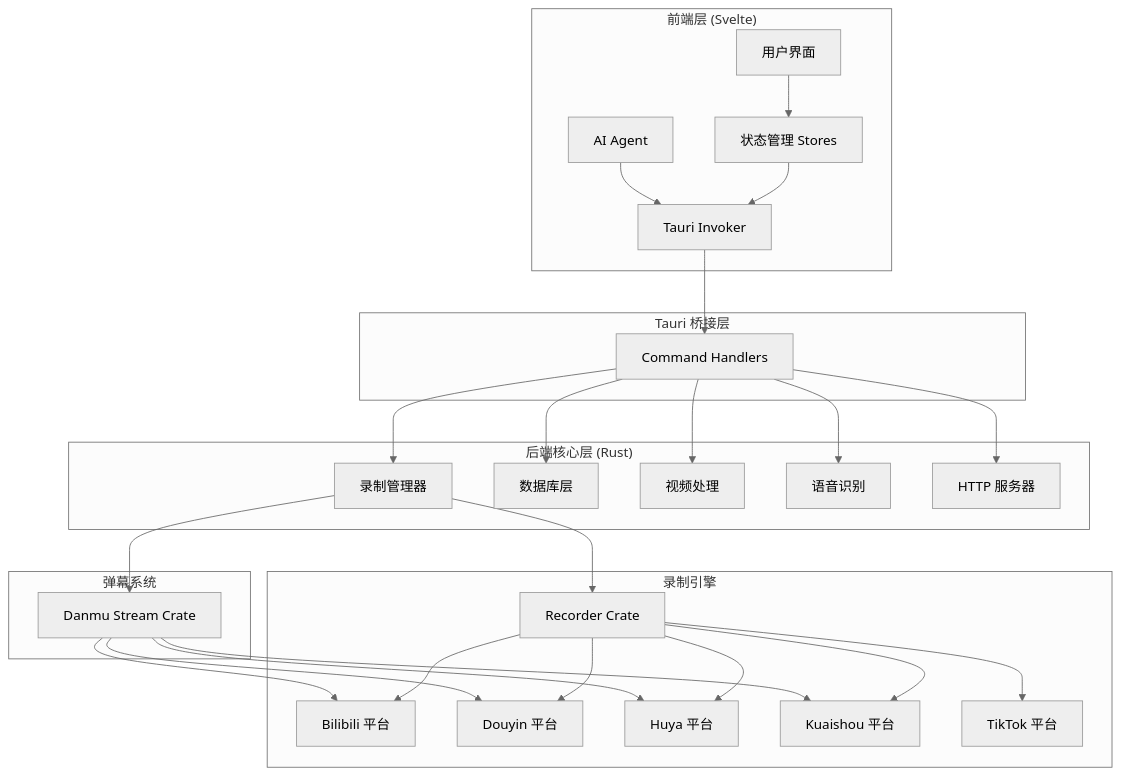
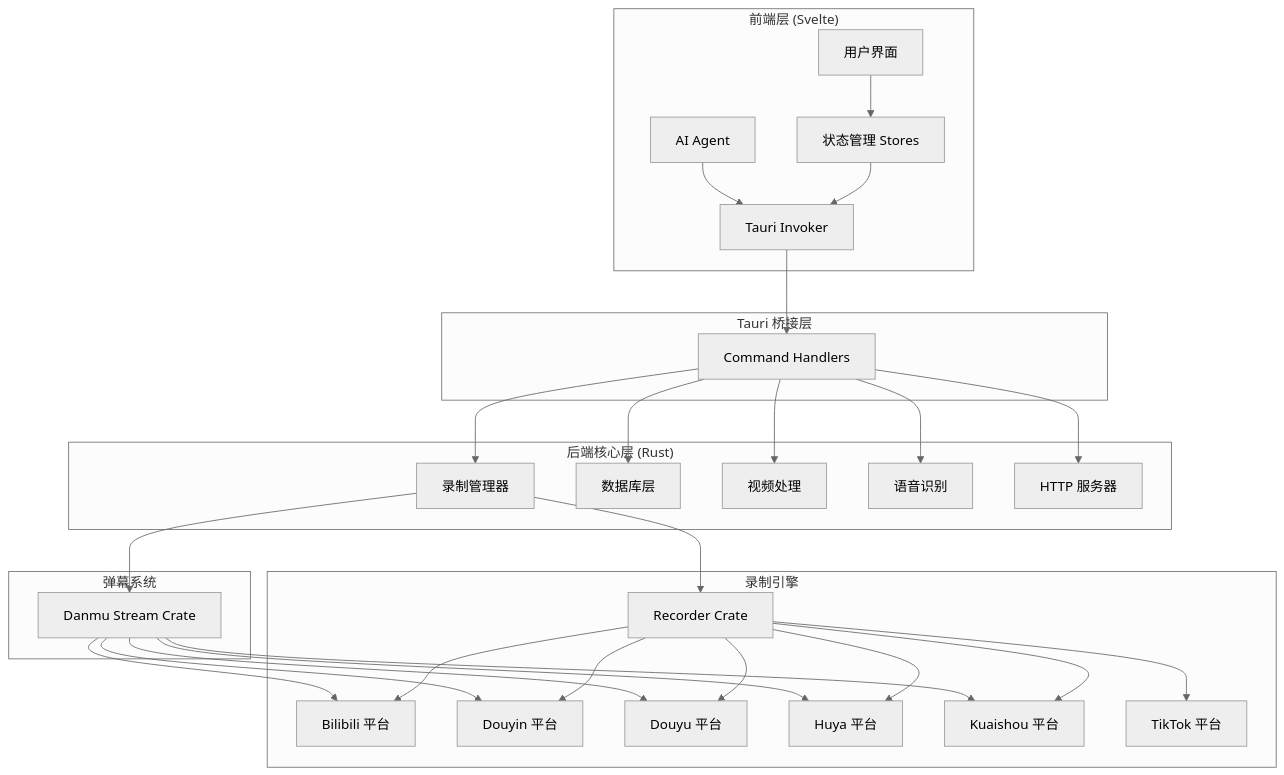
The first of 3 diagrams in docs/development/architecture/overview.md (Xinrea/bili-shadowreplay), drawn with Mermaid (neutral theme) before and after one commit. The commit also changed other lines of this file and 24 other files, not shown here.

First line of the commit message:
feat: add douyu recording and danmu support (#355)

````diff
--- a/docs/development/architecture/overview.md
+++ b/docs/development/architecture/overview.md
@@ -29,58 +29,61 @@
 ```mermaid
 graph TB
     subgraph "前端层 (Svelte)"
         UI[用户界面]
         Store[状态管理 Stores]
         Agent[AI Agent]
         Invoker[Tauri Invoker]
     end
 
     subgraph "Tauri 桥接层"
         Commands[Command Handlers]
     end
 
     subgraph "后端核心层 (Rust)"
         RecorderMgr[录制管理器]
         Database[数据库层]
         FFmpeg[视频处理]
         Whisper[语音识别]
         HttpServer[HTTP 服务器]
     end
 
     subgraph "录制引擎"
         Recorder[Recorder Crate]
         Bilibili[Bilibili 平台]
         Douyin[Douyin 平台]
+        Douyu[Douyu 平台]
         Huya[Huya 平台]
         Kuaishou[Kuaishou 平台]
         TikTok[TikTok 平台]
     end
 
     subgraph "弹幕系统"
         DanmuStream[Danmu Stream Crate]
     end
 
     UI --> Store
     Store --> Invoker
     Agent --> Invoker
     Invoker --> Commands
 
     Commands --> RecorderMgr
     Commands --> Database
     Commands --> FFmpeg
     Commands --> Whisper
     Commands --> HttpServer
 
     RecorderMgr --> Recorder
     Recorder --> Bilibili
     Recorder --> Douyin
+    Recorder --> Douyu
     Recorder --> Huya
     Recorder --> Kuaishou
     Recorder --> TikTok
 
     RecorderMgr --> DanmuStream
     DanmuStream --> Bilibili
     DanmuStream --> Douyin
+    DanmuStream --> Douyu
     DanmuStream --> Huya
     DanmuStream --> Kuaishou
 ```
````
